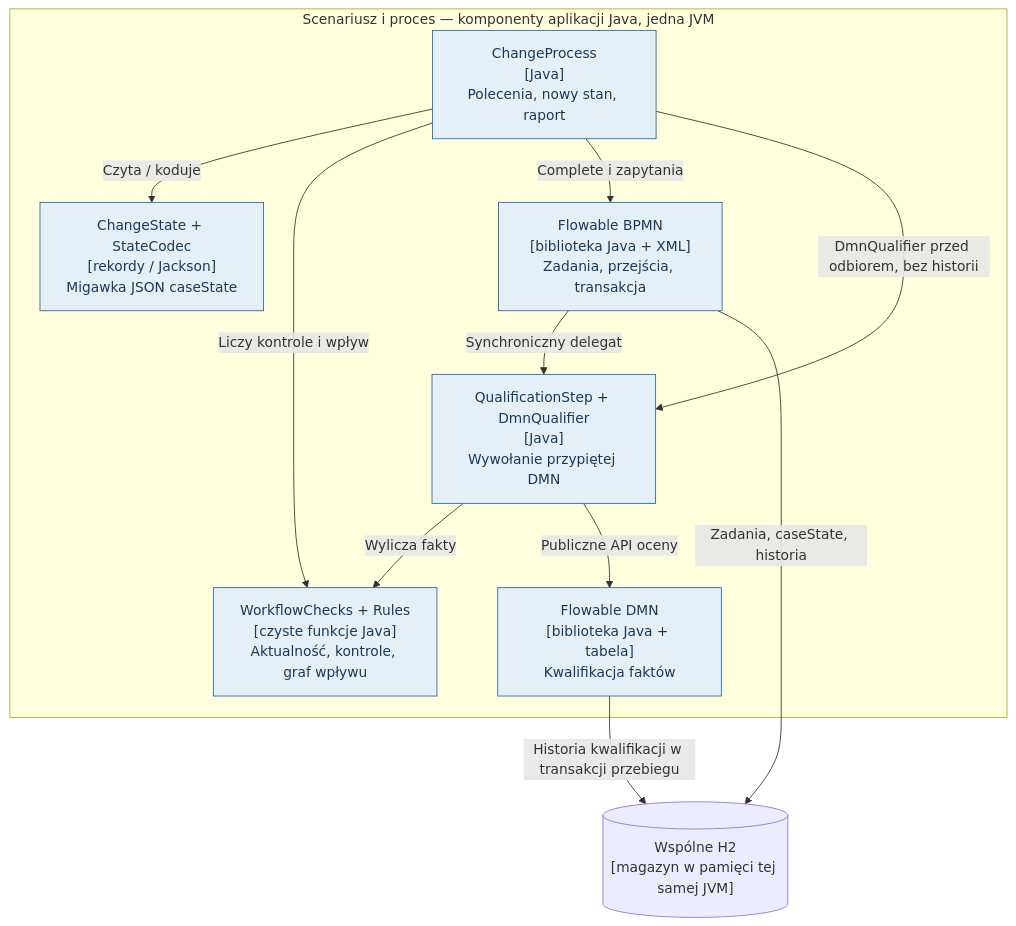
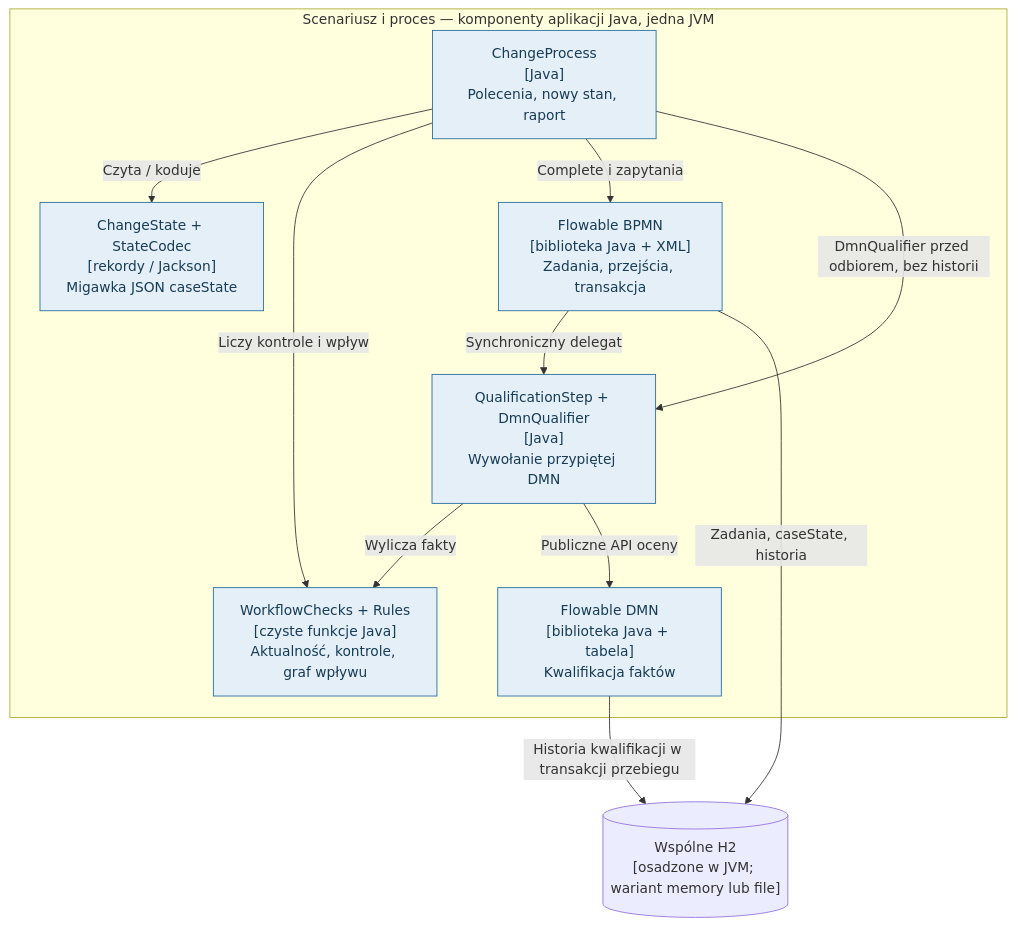
One commit to m1981/iso-template-agent changed the third of 8 diagrams in reference/process-map/flowable-trial/architecture.md. Above: the diagram before and after it, drawn with Mermaid. The commit also changed other lines of this file and 112 other files, not shown here.

````diff
--- a/reference/process-map/flowable-trial/architecture.md
+++ b/reference/process-map/flowable-trial/architecture.md
@@ -63,23 +63,23 @@
 ```mermaid
 flowchart TB
     subgraph APP["Scenariusz i proces — komponenty aplikacji Java, jedna JVM"]
         F["ChangeProcess<br/>[Java]<br/>Polecenia, nowy stan, raport"]
         S["ChangeState + StateCodec<br/>[rekordy / Jackson]<br/>Migawka JSON caseState"]
         R["WorkflowChecks + Rules<br/>[czyste funkcje Java]<br/>Aktualność, kontrole, graf wpływu"]
         B["Flowable BPMN<br/>[biblioteka Java + XML]<br/>Zadania, przejścia, transakcja"]
         Q["QualificationStep + DmnQualifier<br/>[Java]<br/>Wywołanie przypiętej DMN"]
         D["Flowable DMN<br/>[biblioteka Java + tabela]<br/>Kwalifikacja faktów"]
         F -->|"Czyta / koduje"| S
         F -->|"Liczy kontrole i wpływ"| R
         F -->|"Complete i zapytania"| B
         B -->|"Synchroniczny delegat"| Q
         Q -->|"Wylicza fakty"| R
         Q -->|"Publiczne API oceny"| D
         F -->|"DmnQualifier przed odbiorem, bez historii"| Q
     end
-    H[("Wspólne H2<br/>[magazyn w pamięci tej samej JVM]")]
+    H[("Wspólne H2<br/>[osadzone w JVM; wariant memory lub file]")]
     B -->|"Zadania, caseState, historia"| H
     D -->|"Historia kwalifikacji w transakcji przebiegu"| H
     classDef component fill:#e4eff7,color:#173c56,stroke:#216a9e
     class F,S,R,B,Q,D component
 ```
````
